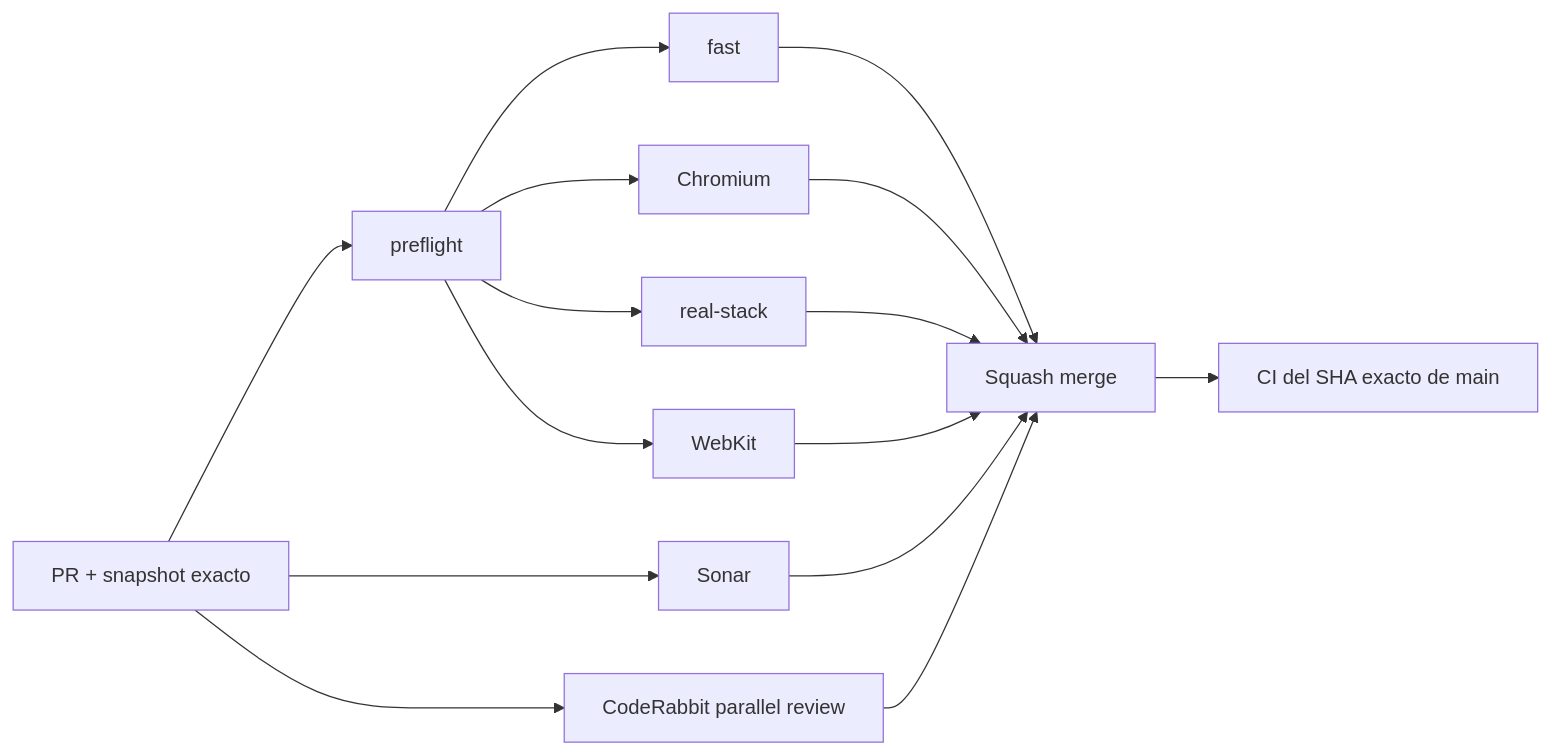
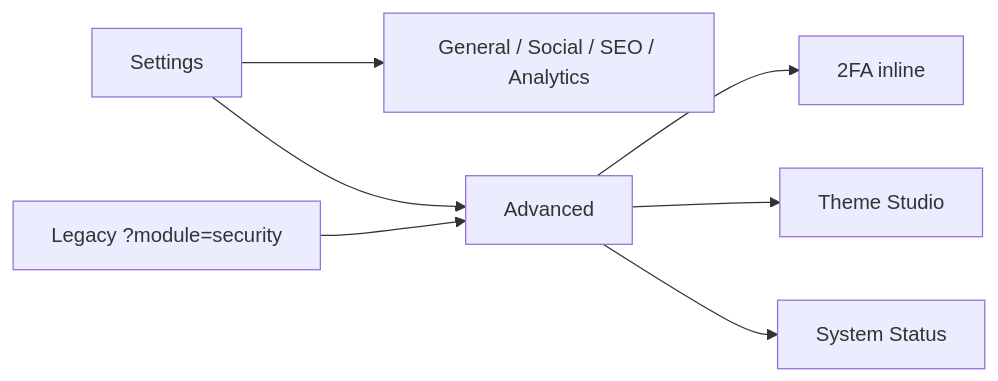
One commit to pl0n3r/brvtal changed the diagram in README.md. Above: the diagram before and after it, drawn with Mermaid. The commit also changed other lines of this file and 9 other files, not shown here.

Commit message:
improvement: consolidate Settings advanced tools

````diff
--- a/README.md
+++ b/README.md
@@ -49,17 +49,9 @@
 ```mermaid
 flowchart LR
- A["PR + snapshot exacto"] --> P["preflight"]
- P --> F["fast"]
- P --> B["Chromium"]
- P --> R["real-stack"]
- P --> W["WebKit"]
- A --> S["Sonar"]
- A --> C["CodeRabbit parallel review"]
- F --> M["Squash merge"]
- B --> M
- R --> M
- W --> M
- S --> M
- C --> M
- M --> X["CI del SHA exacto de main"]
+ A["Settings"] --> G["General / Social / SEO / Analytics"]
+ A --> V["Advanced"]
+ V --> S["2FA inline"]
+ V --> T["Theme Studio"]
+ V --> O["System Status"]
+ L["Legacy ?module=security"] --> V
 ```
````
